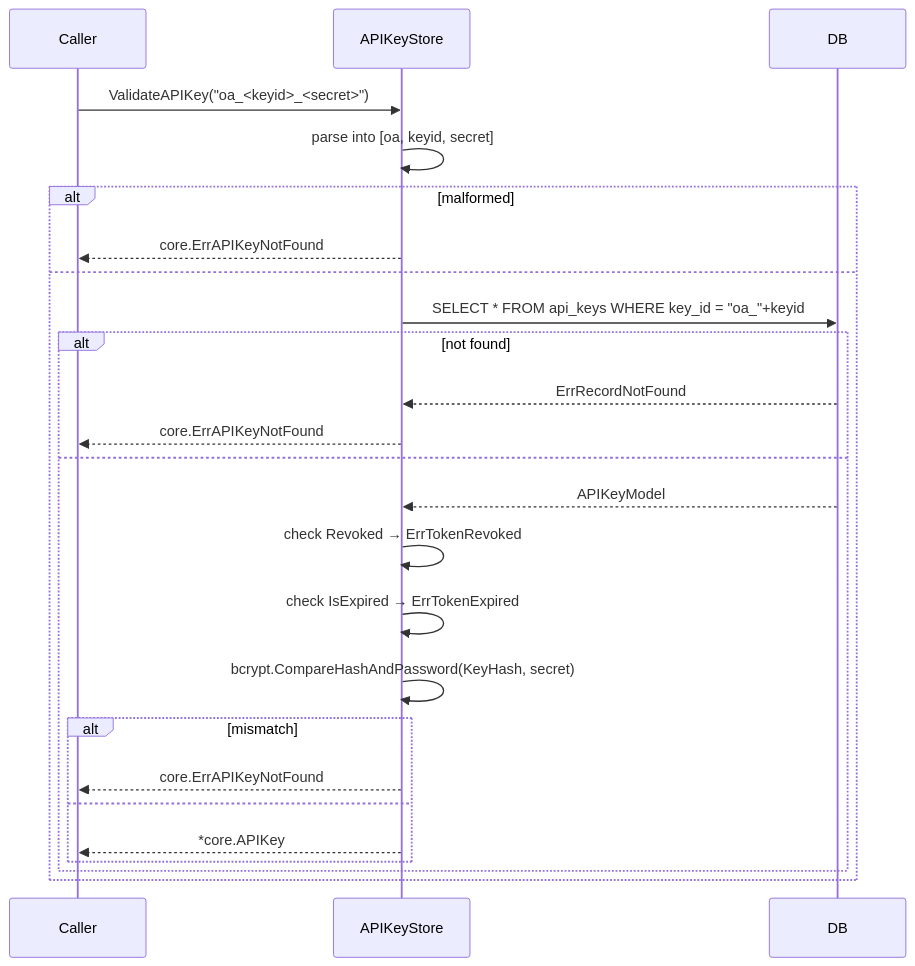
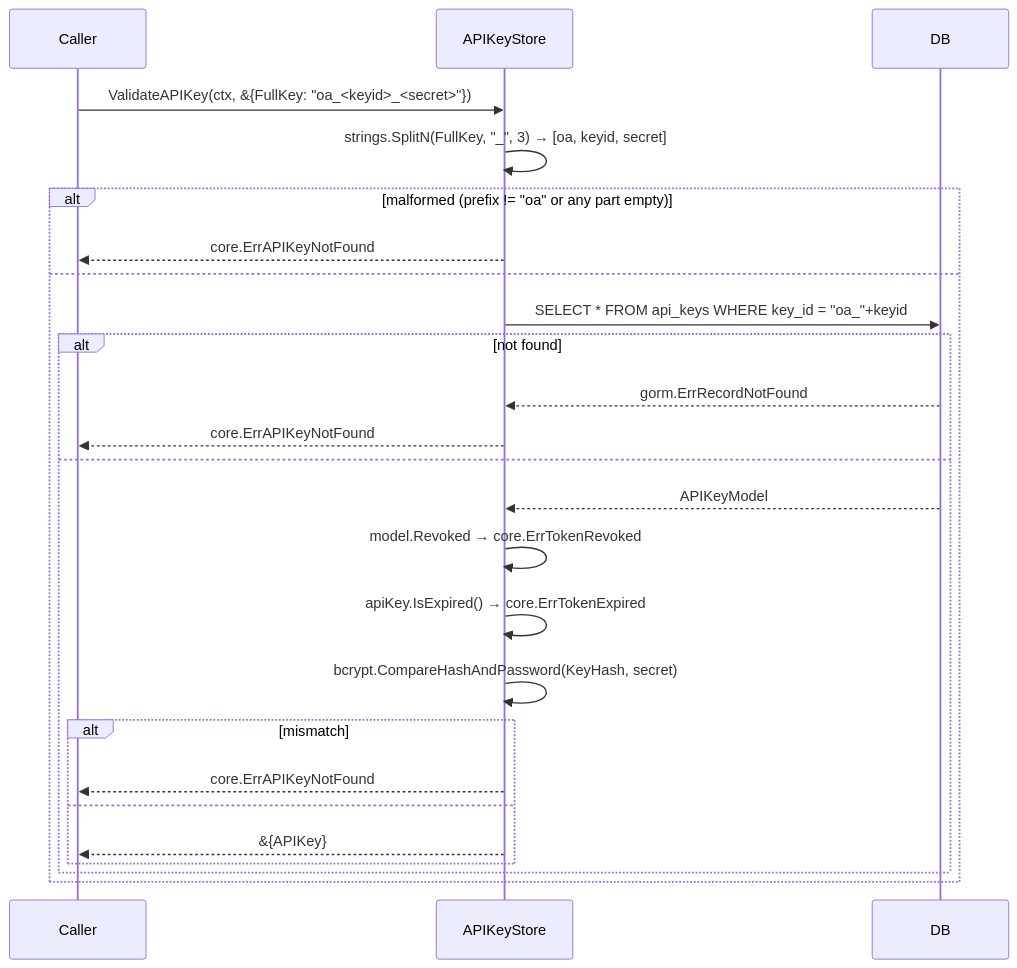
One commit to panyam/oneauth changed the third of 5 diagrams in stores/gorm/DESIGN.md. Above: the diagram before and after it, drawn with Mermaid. The commit also changed other lines of this file and 38 other files, not shown here.

````diff
--- a/stores/gorm/DESIGN.md
+++ b/stores/gorm/DESIGN.md
@@ -98,27 +102,27 @@
 ```mermaid
 sequenceDiagram
     participant Caller
     participant APIKeyStore
     participant DB
-    Caller->>APIKeyStore: ValidateAPIKey("oa_<keyid>_<secret>")
-    APIKeyStore->>APIKeyStore: parse into [oa, keyid, secret]
-    alt malformed
+    Caller->>APIKeyStore: ValidateAPIKey(ctx, &{FullKey: "oa_<keyid>_<secret>"})
+    APIKeyStore->>APIKeyStore: strings.SplitN(FullKey, "_", 3) → [oa, keyid, secret]
+    alt malformed (prefix != "oa" or any part empty)
         APIKeyStore-->>Caller: core.ErrAPIKeyNotFound
     else
         APIKeyStore->>DB: SELECT * FROM api_keys WHERE key_id = "oa_"+keyid
         alt not found
-            DB-->>APIKeyStore: ErrRecordNotFound
+            DB-->>APIKeyStore: gorm.ErrRecordNotFound
             APIKeyStore-->>Caller: core.ErrAPIKeyNotFound
         else
             DB-->>APIKeyStore: APIKeyModel
-            APIKeyStore->>APIKeyStore: check Revoked → ErrTokenRevoked
-            APIKeyStore->>APIKeyStore: check IsExpired → ErrTokenExpired
+            APIKeyStore->>APIKeyStore: model.Revoked → core.ErrTokenRevoked
+            APIKeyStore->>APIKeyStore: apiKey.IsExpired() → core.ErrTokenExpired
             APIKeyStore->>APIKeyStore: bcrypt.CompareHashAndPassword(KeyHash, secret)
             alt mismatch
                 APIKeyStore-->>Caller: core.ErrAPIKeyNotFound
             else
-                APIKeyStore-->>Caller: *core.APIKey
+                APIKeyStore-->>Caller: &{APIKey}
             end
         end
     end
 ```
````
